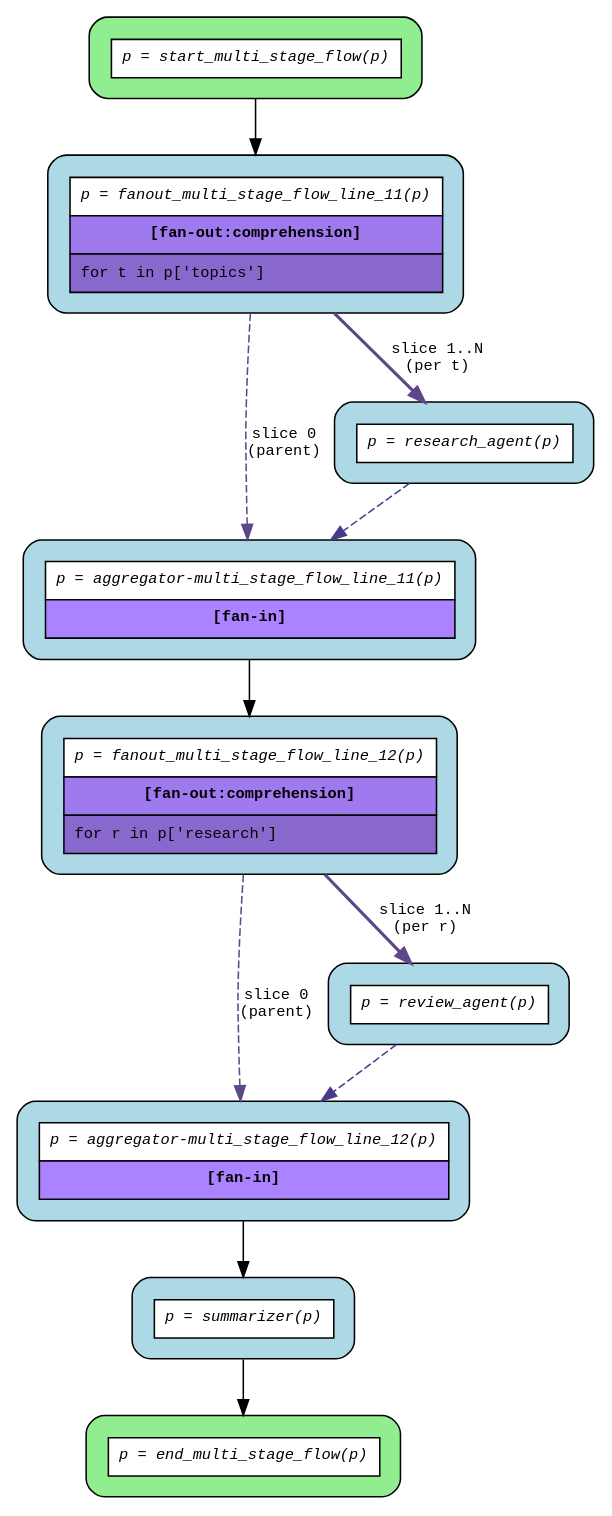
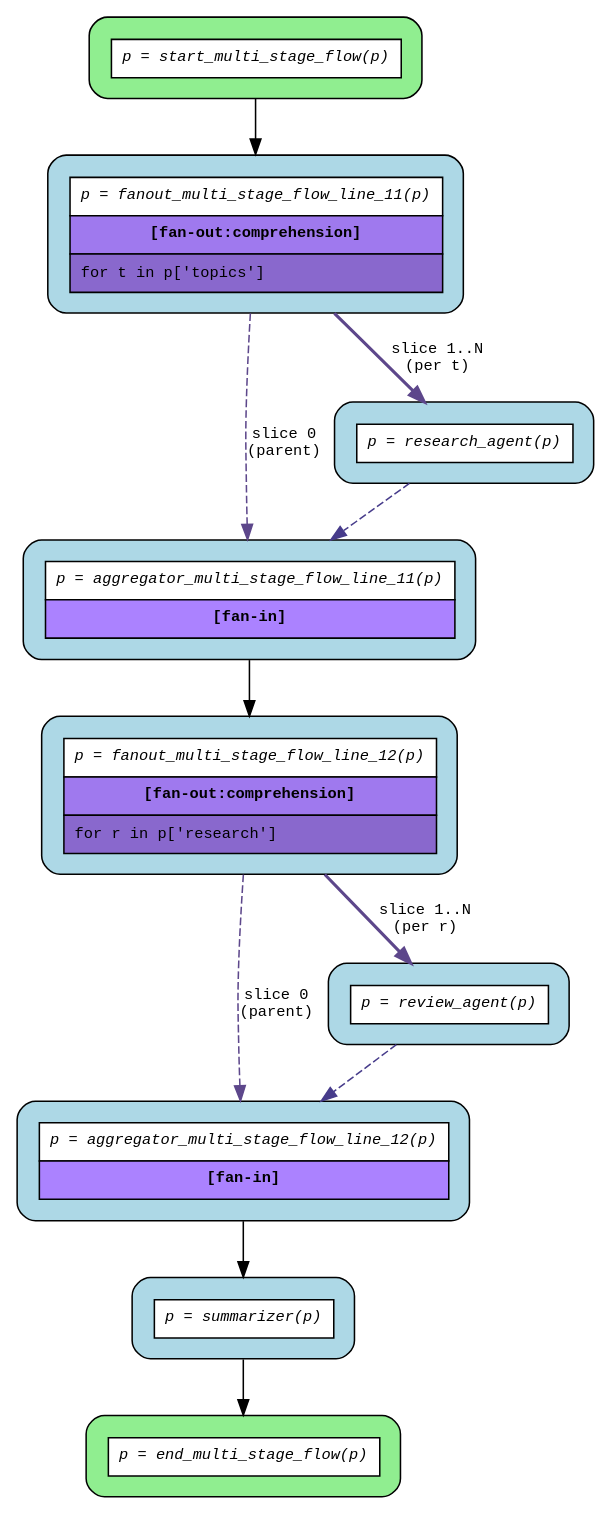
The diagram in examples/flows/compiled/fanout_sequential/flow.dot (deliveryhero/asya), drawn with Graphviz before and after one commit. The commit also changed 21 other files, not shown here.

```diff
--- a/examples/flows/compiled/fanout_sequential/flow.dot
+++ b/examples/flows/compiled/fanout_sequential/flow.dot
@@ -1,27 +1,27 @@
 digraph flow {
   rankdir=TB;
   graph [fontname="Courier", fontsize=10];
   node [fontname="Courier", fontsize=10, shape=box, style="filled,rounded", margin="0.2"];
   edge [fontname="Courier", fontsize=10];
 
   start_multi_stage_flow [fillcolor="lightgreen", label=<<table border="0" cellspacing="0" cellpadding="6" cellborder="1"><tr><td bgcolor="white" align="center"><i>p = start_multi_stage_flow(p)</i></td></tr></table>>];
   fanout_multi_stage_flow_line_12 [fillcolor="lightblue", label=<<table border="0" cellspacing="0" cellpadding="6" cellborder="1"><tr><td bgcolor="white" align="center"><i>p = fanout_multi_stage_flow_line_12(p)</i></td></tr><tr><td bgcolor="mediumpurple2" align="center"><b>[fan-out:comprehension]</b></td></tr><tr><td bgcolor="mediumpurple3" align="left">for r in p['research']</td></tr></table>>];
   fanout_multi_stage_flow_line_11 [fillcolor="lightblue", label=<<table border="0" cellspacing="0" cellpadding="6" cellborder="1"><tr><td bgcolor="white" align="center"><i>p = fanout_multi_stage_flow_line_11(p)</i></td></tr><tr><td bgcolor="mediumpurple2" align="center"><b>[fan-out:comprehension]</b></td></tr><tr><td bgcolor="mediumpurple3" align="left">for t in p['topics']</td></tr></table>>];
   end_multi_stage_flow [fillcolor="lightgreen", label=<<table border="0" cellspacing="0" cellpadding="6" cellborder="1"><tr><td bgcolor="white" align="center"><i>p = end_multi_stage_flow(p)</i></td></tr></table>>];
-  aggregator_multi_stage_flow_line_11 [fillcolor="lightblue", label=<<table border="0" cellspacing="0" cellpadding="6" cellborder="1"><tr><td bgcolor="white" align="center"><i>p = aggregator-multi_stage_flow_line_11(p)</i></td></tr><tr><td bgcolor="mediumpurple1" align="center"><b>[fan-in]</b></td></tr></table>>];
-  aggregator_multi_stage_flow_line_12 [fillcolor="lightblue", label=<<table border="0" cellspacing="0" cellpadding="6" cellborder="1"><tr><td bgcolor="white" align="center"><i>p = aggregator-multi_stage_flow_line_12(p)</i></td></tr><tr><td bgcolor="mediumpurple1" align="center"><b>[fan-in]</b></td></tr></table>>];
+  aggregator_multi_stage_flow_line_11 [fillcolor="lightblue", label=<<table border="0" cellspacing="0" cellpadding="6" cellborder="1"><tr><td bgcolor="white" align="center"><i>p = aggregator_multi_stage_flow_line_11(p)</i></td></tr><tr><td bgcolor="mediumpurple1" align="center"><b>[fan-in]</b></td></tr></table>>];
+  aggregator_multi_stage_flow_line_12 [fillcolor="lightblue", label=<<table border="0" cellspacing="0" cellpadding="6" cellborder="1"><tr><td bgcolor="white" align="center"><i>p = aggregator_multi_stage_flow_line_12(p)</i></td></tr><tr><td bgcolor="mediumpurple1" align="center"><b>[fan-in]</b></td></tr></table>>];
   research_agent [fillcolor="lightblue", label=<<table border="0" cellspacing="0" cellpadding="6" cellborder="1"><tr><td bgcolor="white" align="center"><i>p = research_agent(p)</i></td></tr></table>>];
   review_agent [fillcolor="lightblue", label=<<table border="0" cellspacing="0" cellpadding="6" cellborder="1"><tr><td bgcolor="white" align="center"><i>p = review_agent(p)</i></td></tr></table>>];
   summarizer [fillcolor="lightblue", label=<<table border="0" cellspacing="0" cellpadding="6" cellborder="1"><tr><td bgcolor="white" align="center"><i>p = summarizer(p)</i></td></tr></table>>];
 
   aggregator_multi_stage_flow_line_11 -> fanout_multi_stage_flow_line_12;
   aggregator_multi_stage_flow_line_12 -> summarizer;
   fanout_multi_stage_flow_line_11 -> aggregator_multi_stage_flow_line_11 [color=mediumpurple4, label="slice 0\n(parent)", style=dashed];
   fanout_multi_stage_flow_line_11 -> research_agent [color=mediumpurple4, label="slice 1..N\n(per t)", style=bold];
   fanout_multi_stage_flow_line_12 -> aggregator_multi_stage_flow_line_12 [color=mediumpurple4, label="slice 0\n(parent)", style=dashed];
   fanout_multi_stage_flow_line_12 -> review_agent [color=mediumpurple4, label="slice 1..N\n(per r)", style=bold];
   research_agent -> aggregator_multi_stage_flow_line_11 [color=slateblue4, style=dashed];
   review_agent -> aggregator_multi_stage_flow_line_12 [color=slateblue4, style=dashed];
   start_multi_stage_flow -> fanout_multi_stage_flow_line_11;
   summarizer -> end_multi_stage_flow;
 }
```
